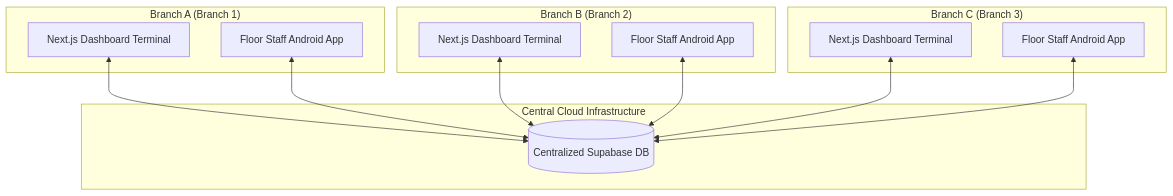
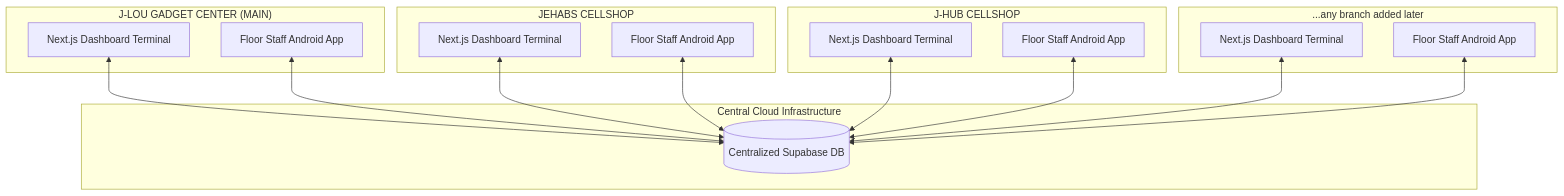
Before and after one commit to ryuuflores2006-crypto/inventory-system: the diagram in README.md, drawn with Mermaid. The commit also changed other lines of this file and 16 other files, not shown here.

First line of the commit message:
Make branches addable at runtime on Android and web

````diff
--- a/README.md
+++ b/README.md
@@ -9,25 +9,31 @@
 ```mermaid
 graph TD
     subgraph central["Central Cloud Infrastructure"]
         DB[(Centralized Supabase DB)]
     end
 
-    subgraph branchA["Branch A (Branch 1)"]
+    subgraph branchA["J-LOU GADGET CENTER (MAIN)"]
         WebA[Next.js Dashboard Terminal]
         AndroidA[Floor Staff Android App]
     end
 
-    subgraph branchB["Branch B (Branch 2)"]
+    subgraph branchB["JEHABS CELLSHOP"]
         WebB[Next.js Dashboard Terminal]
         AndroidB[Floor Staff Android App]
     end
 
-    subgraph branchC["Branch C (Branch 3)"]
+    subgraph branchC["J-HUB CELLSHOP"]
         WebC[Next.js Dashboard Terminal]
         AndroidC[Floor Staff Android App]
+    end
+
+    subgraph branchN["...any branch added later"]
+        WebN[Next.js Dashboard Terminal]
+        AndroidN[Floor Staff Android App]
     end
 
     WebA & AndroidA <--> DB
     WebB & AndroidB <--> DB
     WebC & AndroidC <--> DB
+    WebN & AndroidN <--> DB
 ```
````
